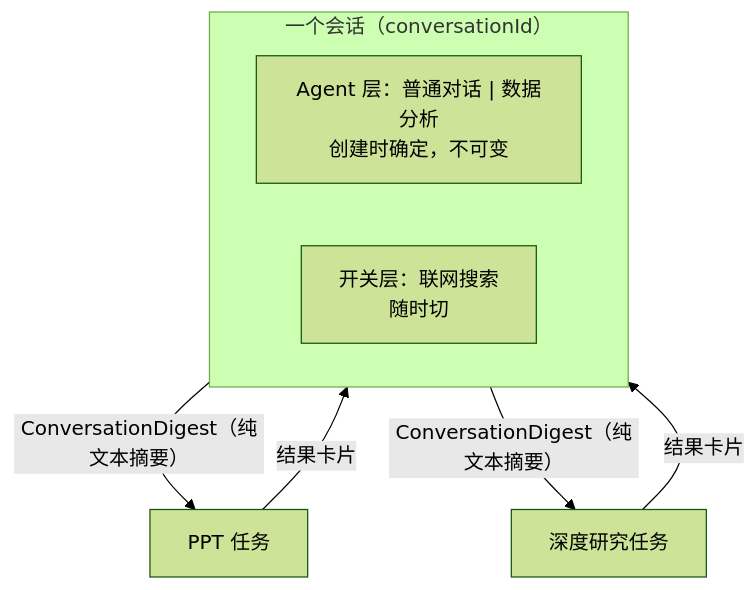
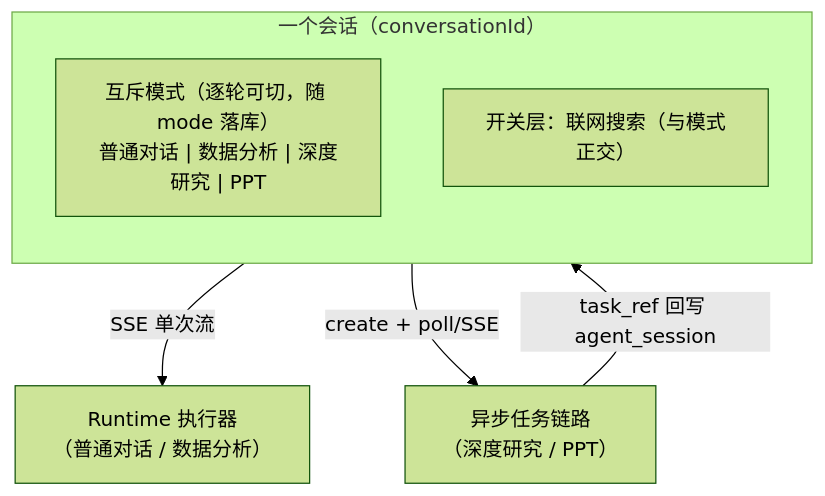
The diagram in docs/requirements.md (renjian-pro/AgentTrail), drawn with Mermaid (forest theme) before and after one commit. The commit also changed other lines of this file and 62 other files, not shown here.

````diff
--- a/docs/requirements.md
+++ b/docs/requirements.md
@@ -202,13 +262,11 @@
 ```mermaid
 flowchart TB
   subgraph S["一个会话（conversationId）"]
-    A["Agent 层：普通对话 | 数据分析<br/>创建时确定，不可变"]
-    B["开关层：联网搜索<br/>随时切"]
+    direction TB
+    M["互斥模式（逐轮可切，随 mode 落库）<br/>普通对话 | 数据分析 | 深度研究 | PPT"]
+    B["开关层：联网搜索（与模式正交）"]
   end
-  T1["PPT 任务"]
-  T2["深度研究任务"]
-  S -- "ConversationDigest（纯文本摘要）" --> T1
-  S -- "ConversationDigest（纯文本摘要）" --> T2
-  T1 -- "结果卡片" --> S
-  T2 -- "结果卡片" --> S
+  M -- "SSE 单次流" --> R["Runtime 执行器<br/>（普通对话 / 数据分析）"]
+  M -- "create + poll/SSE" --> T["异步任务链路<br/>（深度研究 / PPT）"]
+  T -- "task_ref 回写 agent_session" --> S
 ```
````
